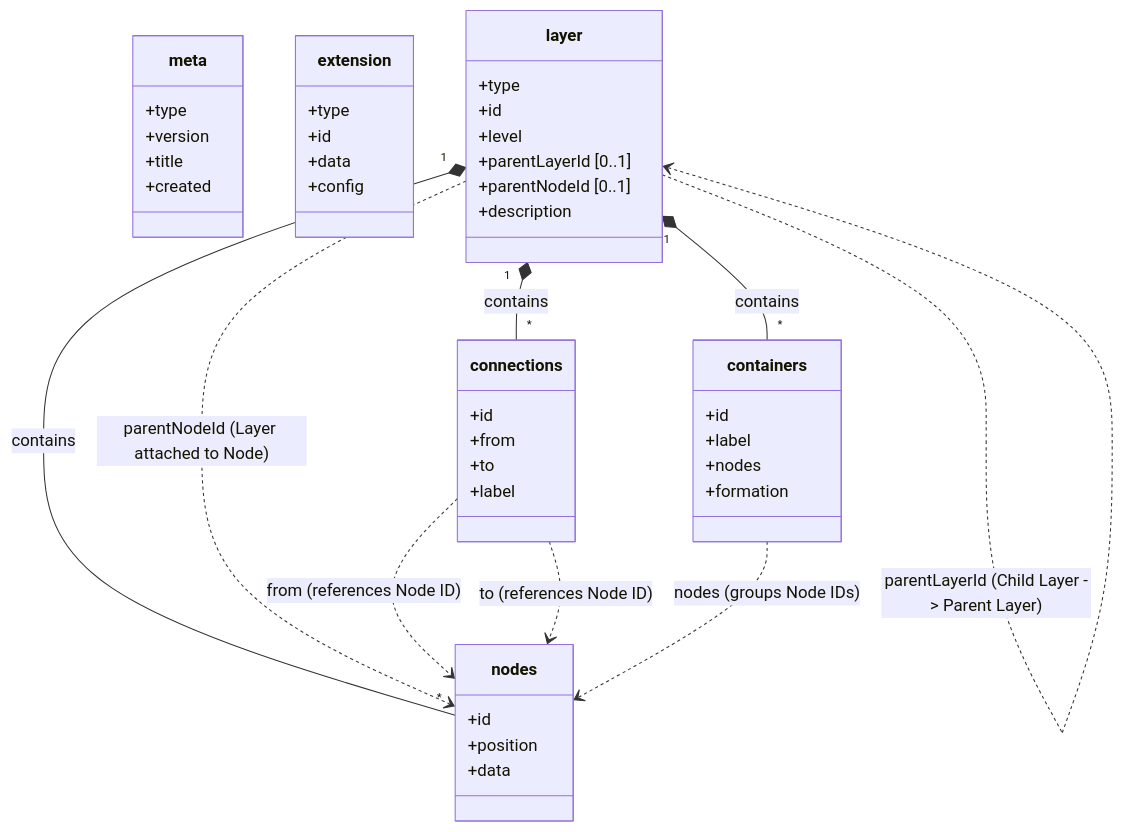
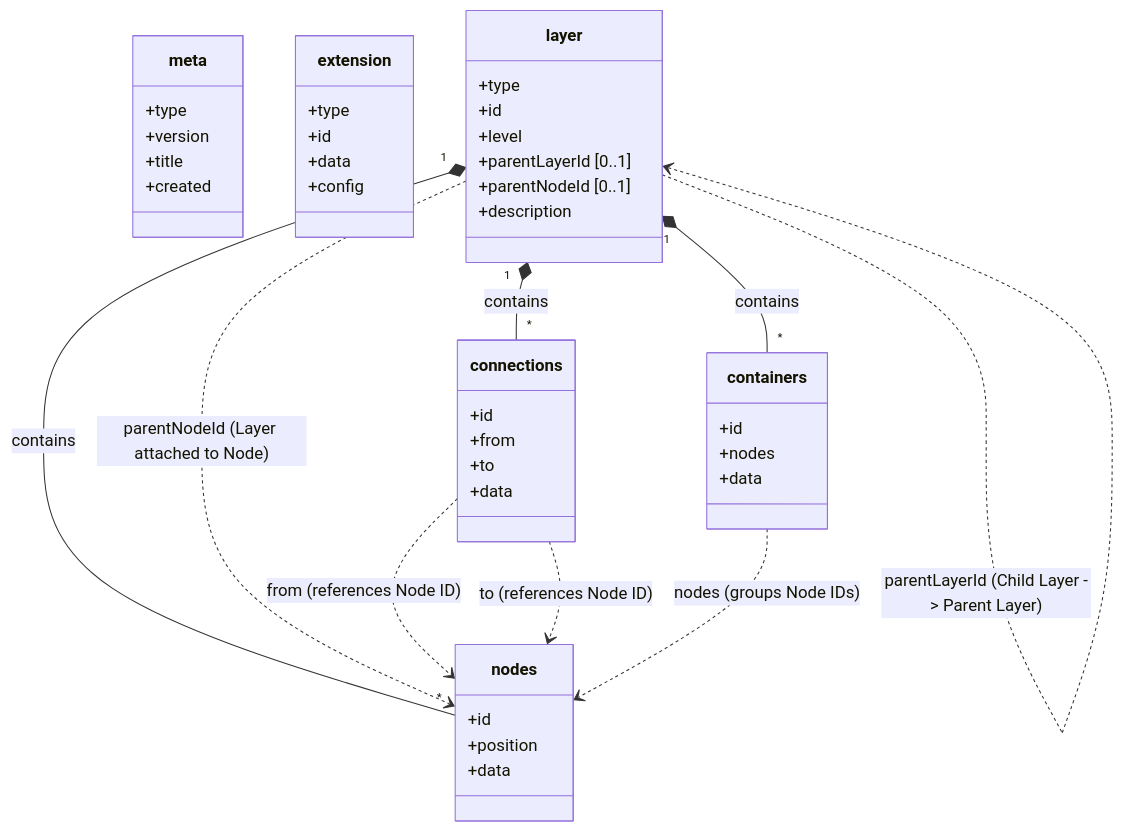
One commit to visualli-ai/spec changed the second of 2 diagrams in docs/core.md. Above: the diagram before and after it, drawn with Mermaid. The commit also changed other lines of this file and 7 other files, not shown here.

Commit message:
feat(schema): restructure Node, Connection, and Container data fields - Make them strict compliant.

````diff
--- a/docs/core.md
+++ b/docs/core.md
@@ -66,67 +133,66 @@
 ```mermaid
 classDiagram
     %% Meta Information (Line 1)
     class meta {
         +type
         +version
         +title
         +created
     }
 
     %% Extension Entity (Lines 2..M - Optional)
     class extension {
         +type
         +id
         +data
         +config
     }
 
     %% Layer Entity (Lines M+1..N)
     class layer {
         +type
         +id
         +level
         +parentLayerId [0..1]
         +parentNodeId [0..1]
         +description
     }
 
     %% Node Entity (Embedded in Layer)
     class nodes {
         +id
         +position
         +data
     }
 
     %% Connection Entity (Embedded in Layer)
     class connections {
         +id
         +from
         +to
-        +label
+        +data
     }
 
     %% Container Entity (Embedded in Layer)
     class containers {
         +id
-        +label
         +nodes
-        +formation
+        +data
     }
 
     %% Relationships
     layer "1" *-- "*" nodes : contains
     layer "1" *-- "*" connections : contains
     layer "1" *-- "*" containers : contains
     
     %% Hierarchical Links
     layer ..> layer : parentLayerId (Child Layer -> Parent Layer)
     layer ..> nodes : parentNodeId (Layer attached to Node)
     
     %% Connection Links
     connections ..> nodes : from (references Node ID)
     connections ..> nodes : to (references Node ID)
 
     %% Container Links
     containers ..> nodes : nodes (groups Node IDs)
 ```
````
